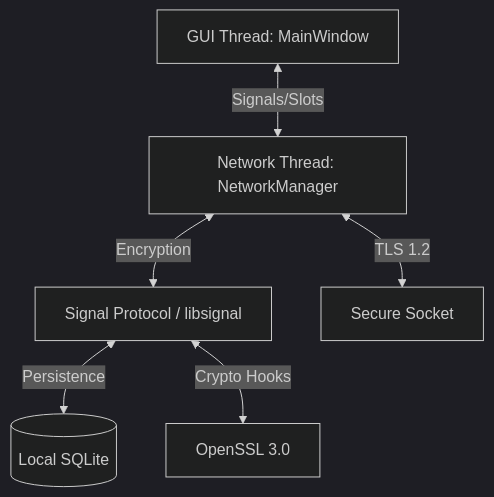
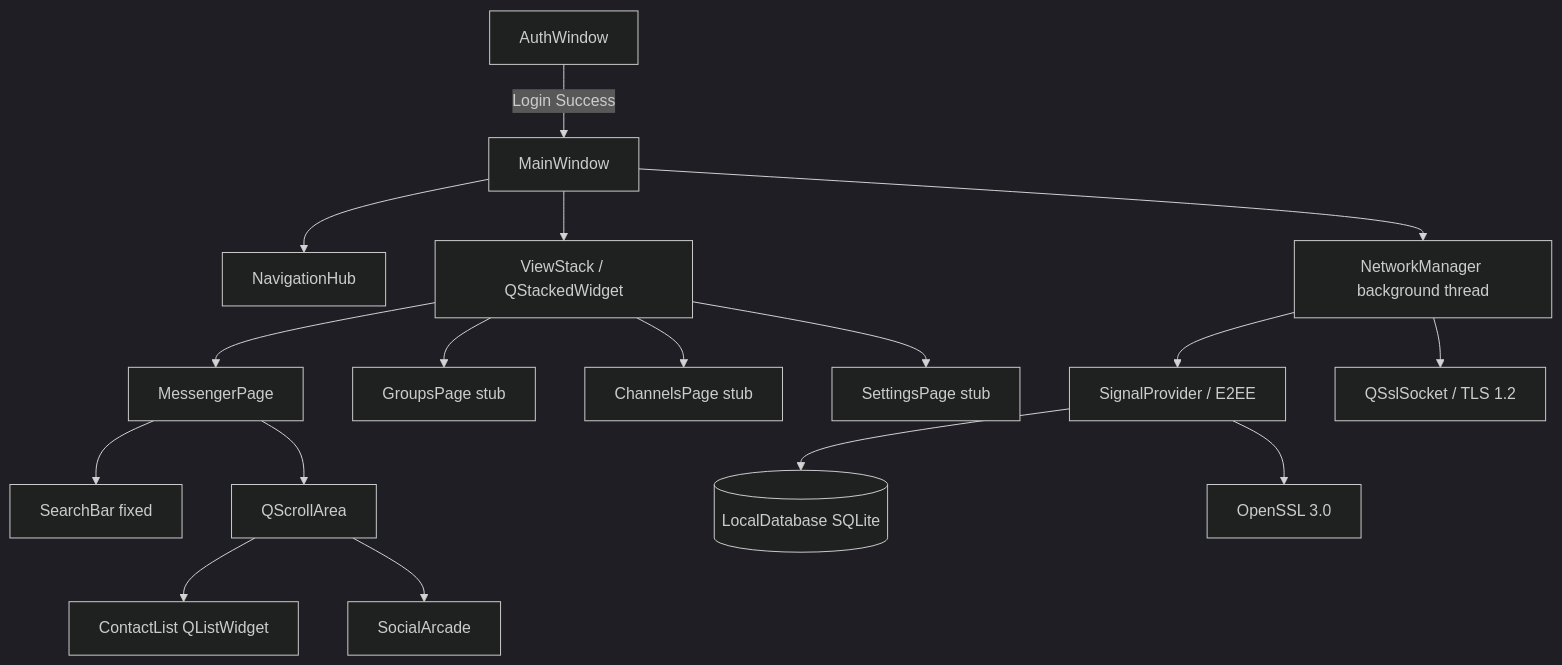
Before and after one commit to sergey-chukhno/WizzMania: the diagram in docs/01_Architecture/Client.md, drawn with Mermaid (dark theme). The commit also changed other lines of this file and 7 other files, not shown here.

````diff
--- a/docs/01_Architecture/Client.md
+++ b/docs/01_Architecture/Client.md
@@ -52,8 +127,19 @@
 ```mermaid
 graph TD
-    UI[GUI Thread: MainWindow] <-->|Signals/Slots| NM[Network Thread: NetworkManager]
-    NM <-->|Encryption| SIG[Signal Protocol / libsignal]
-    SIG <-->|Persistence| DB[(Local SQLite)]
-    SIG <-->|Crypto Hooks| OS[OpenSSL 3.0]
-    NM <-->|TLS 1.2| Socket[Secure Socket]
+    Auth[AuthWindow] -->|Login Success| MW[MainWindow]
+    MW --> NH[NavigationHub]
+    MW --> VS[ViewStack / QStackedWidget]
+    VS --> MP[MessengerPage]
+    VS --> GP[GroupsPage stub]
+    VS --> CP[ChannelsPage stub]
+    VS --> SP[SettingsPage stub]
+    MP --> SB[SearchBar fixed]
+    MP --> SA[QScrollArea]
+    SA --> CL[ContactList QListWidget]
+    SA --> ARC[SocialArcade]
+    MW --> NM[NetworkManager background thread]
+    NM --> SIG[SignalProvider / E2EE]
+    SIG --> DB[(LocalDatabase SQLite)]
+    SIG --> SSL[OpenSSL 3.0]
+    NM --> Socket[QSslSocket / TLS 1.2]
 ```
````
